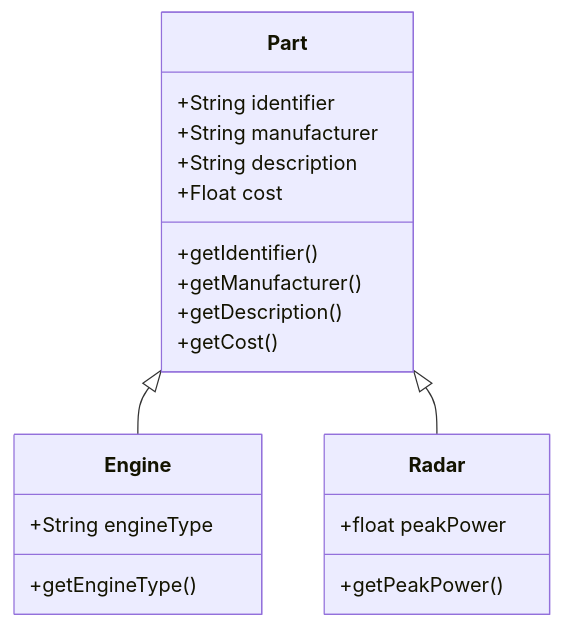
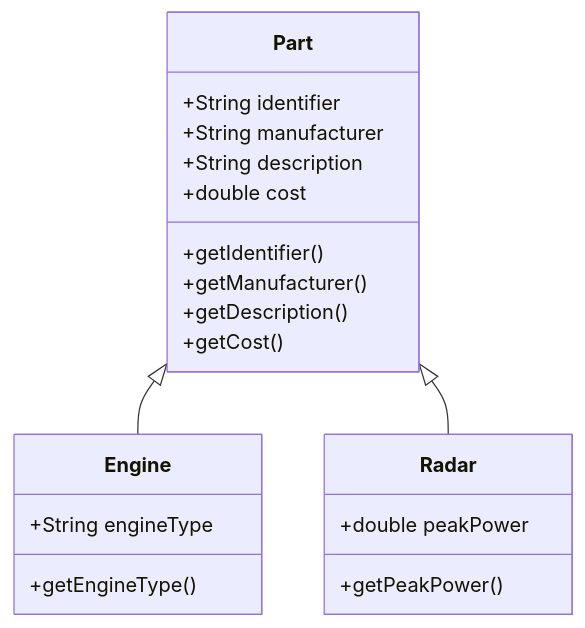
The second of 3 diagrams in 3.1_Inheritance.md (vesavvo/Object-Oriented-Programming), drawn with Mermaid before and after one commit. The commit also changed other lines of this file and 3 other files, not shown here.

Commit message:
Sections 2.1,3.1,3.3,5.2 float type changed to double type

````diff
--- a/3.1_Inheritance.md
+++ b/3.1_Inheritance.md
@@ -135,23 +135,23 @@
 ```mermaid
 classDiagram
     Part <|-- Engine
     Part <|-- Radar
 class Part {
         +String identifier
         +String manufacturer
         +String description
-        +Float cost
+        +double cost
         +getIdentifier()
         +getManufacturer()
         +getDescription()
         +getCost()
     }
 class Engine {
     +String engineType
     +getEngineType()
 }
 class Radar {
-    +float peakPower
+    +double peakPower
     +getPeakPower()
 }
 ```
````
